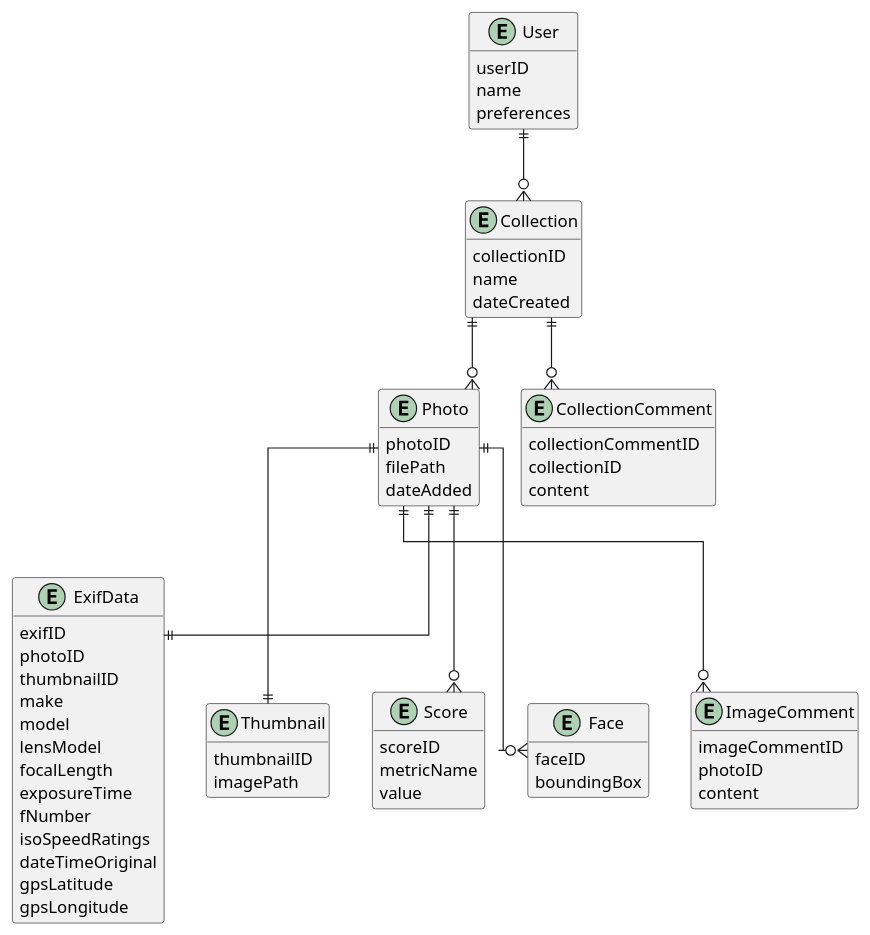
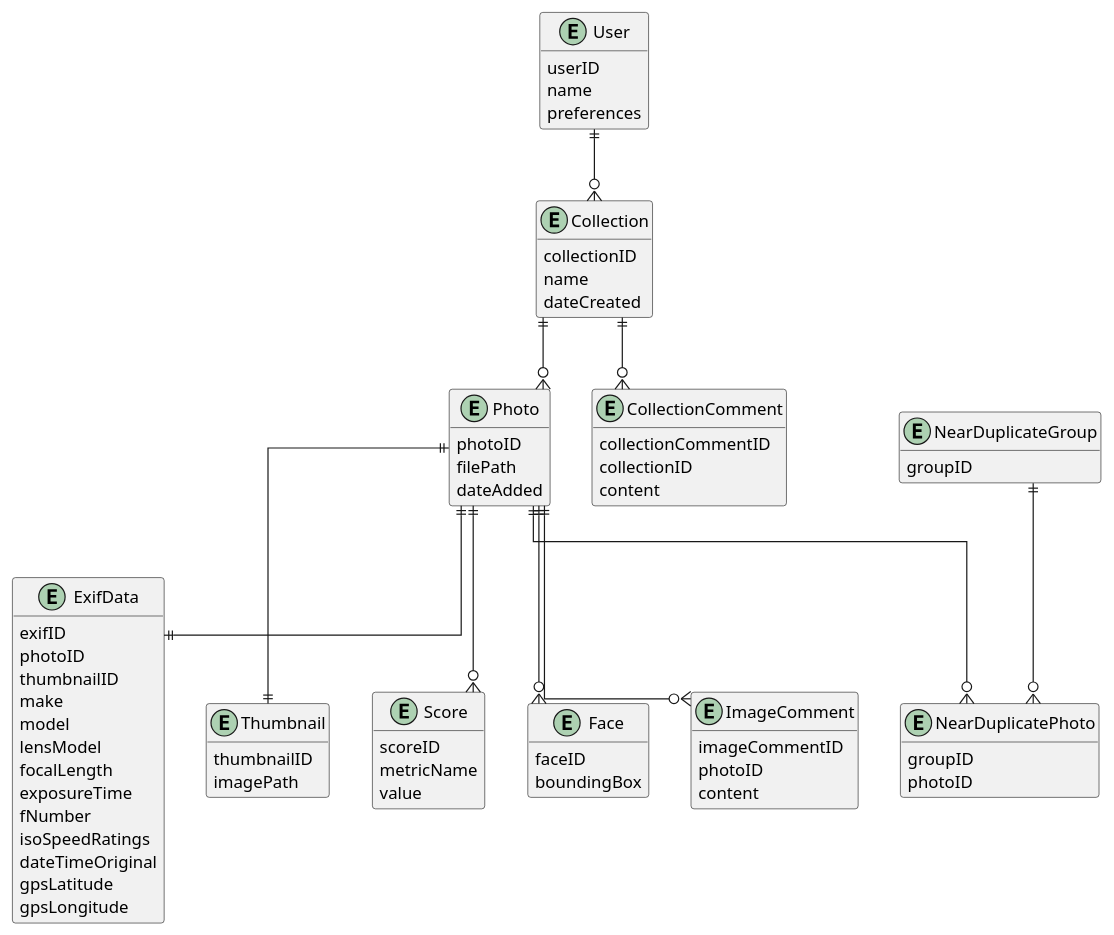
The diagram in UML DIagrams/erd.puml (Manwithacape/COSC345---Group_11), drawn with PlantUML before and after one commit. The commit also changed 3 other files, not shown here.

```diff
--- a/UML DIagrams/erd.puml
+++ b/UML DIagrams/erd.puml
@@ -1,99 +1,111 @@
 @startuml
 skinparam style strict
 skinparam classAttributeIconSize 0
 skinparam linetype ortho
 hide methods
 hide stereotypes
 
 entity User {
   userID
   name
   preferences
 }
 
 entity Collection {
   collectionID
   name
   dateCreated
 }
 
 entity Photo {
   photoID
   filePath
   dateAdded
 }
 
 entity ExifData {
   exifID
   photoID
   thumbnailID
   make
   model
   lensModel
   focalLength
   exposureTime
   fNumber
   isoSpeedRatings
   dateTimeOriginal
   gpsLatitude
   gpsLongitude
 }
 
 '   exifID            ' auto generated
 '   photoID           ' FK to Photo
 '   thumbnailID       ' FK to Thumbnail
 '   make              ' camera manufacturer
 '   model             ' camera model
 '   lensModel         ' lens used
 '   focalLength       ' in mm
 '   exposureTime      ' e.g., 1/200
 '   fNumber           ' aperture (e.g., f/2.8)
 '   isoSpeedRatings   ' ISO value
 '   dateTimeOriginal  ' date photo was taken
 '   gpsLatitude       ' GPS latitude
 '   gpsLongitude      ' GPS longitude
 
 
 entity Thumbnail {
   thumbnailID
   imagePath
 }
 
 entity Score {
   scoreID
   metricName
   value
 }
 
 entity Face {
   faceID
   boundingBox
 }
 
 entity ImageComment {
   imageCommentID
   photoID
   content
 }
 '   photoID        ' FK to Photo
 
 entity CollectionComment {
   collectionCommentID
   collectionID
   content
 }
 '   collectionID   ' FK to Collection
 
+entity NearDuplicateGroup {
+  groupID
+}
+' Any other fields required?
+
+entity NearDuplicatePhoto {
+  groupID
+  photoID
+}
+
 
 
 ' Relationships
 User ||--o{ Collection
 Collection ||--o{ Photo 
 Photo ||--|| Thumbnail 
 Photo ||--o{ Score 
 Photo ||--o{ Face
 Photo ||--|| ExifData
 Photo ||--o{ ImageComment
 Collection ||--o{ CollectionComment
+NearDuplicateGroup ||--o{ NearDuplicatePhoto
+Photo ||--o{ NearDuplicatePhoto
 
 @enduml
```
